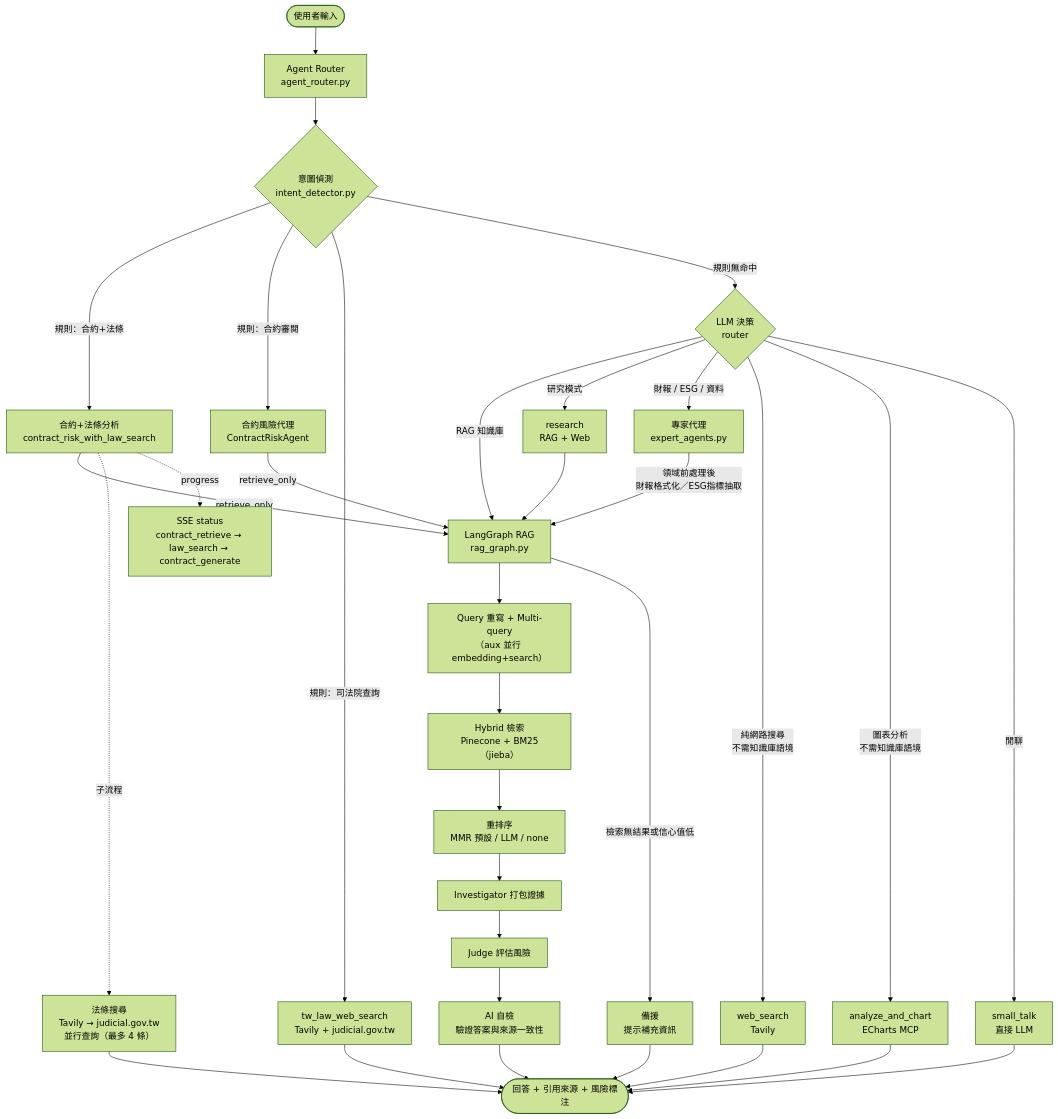
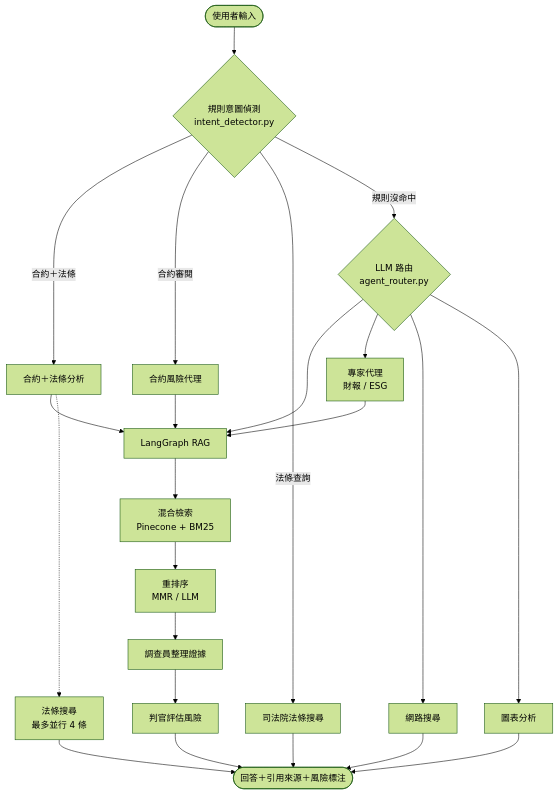
One commit to falltwo/Contract-compliance-agent changed the diagram in README.md. Above: the diagram before and after it, drawn with Mermaid (forest theme). The commit also changed other lines of this file and 1 other file, not shown here.

````diff
--- a/README.md
+++ b/README.md
@@ -74,51 +59,28 @@
 ```mermaid
 flowchart TD
-    U([使用者輸入]) --> AR[Agent Router\nagent_router.py]
-    %% 意圖偵測層：規則優先（intent_detector.py），無命中才交給 LLM 決策
-    AR --> ID{意圖偵測\nintent_detector.py}
-    ID -->|規則：合約+法條| CRL[合約+法條分析\ncontract_risk_with_law_search]
-    ID -->|規則：合約審閱| CRA[合約風險代理\nContractRiskAgent]
-    ID -->|規則：司法院查詢| TLW[tw_law_web_search\nTavily + judicial.gov.tw]
-    ID -->|規則無命中| LLMD{LLM 決策\nrouter}
+    U([使用者輸入]) --> ID{規則意圖偵測<br/>intent_detector.py}
+    ID -->|合約＋法條| CRL[合約＋法條分析]
+    ID -->|合約審閱| CRA[合約風險代理]
+    ID -->|法條查詢| TLW[司法院法條搜尋]
+    ID -->|規則沒命中| LLMD{LLM 路由<br/>agent_router.py}
 
-    LLMD -->|RAG 知識庫| RG[LangGraph RAG\nrag_graph.py]
-    LLMD -->|研究模式| RES[research\nRAG + Web]
-    LLMD -->|財報 / ESG / 資料| EA[專家代理\nexpert_agents.py]
-    LLMD -->|純網路搜尋\n不需知識庫語境| WS[web_search\nTavily]
-    LLMD -->|圖表分析\n不需知識庫語境| CH[analyze_and_chart\nECharts MCP]
-    LLMD -->|閒聊| ST[small_talk\n直接 LLM]
+    LLMD --> RG[LangGraph RAG]
+    LLMD --> EA[專家代理<br/>財報 / ESG]
+    LLMD --> WS[網路搜尋]
+    LLMD --> CH[圖表分析]
 
-    %% RAG 是所有知識庫查詢的共用基礎設施（非平行獨立路徑）
-    CRL -->|retrieve_only| RG
-    CRA -->|retrieve_only| RG
-    EA  -->|領域前處理後\n財報格式化／ESG指標抽取| RG
-    RES --> RG
+    CRL --> RG
+    CRA --> RG
+    EA --> RG
+    CRL -.-> LS[法條搜尋<br/>最多並行 4 條]
 
-    %% 法條查詢是合約+法條流程的子步驟，三階段推送 SSE 進度
-    CRL -.子流程.-> LS[法條搜尋\nTavily → judicial.gov.tw\n並行查詢（最多 4 條）]
-    CRL -.progress.-> PG[SSE status\ncontract_retrieve → law_search → contract_generate]
-
-    %% RAG 核心流程
-    RG --> Q[Query 重寫 + Multi-query\n（aux 並行 embedding+search）]
-    Q --> RET[Hybrid 檢索\nPinecone + BM25（jieba）]
-    RET --> RK[重排序\nMMR 預設 / LLM / none]
-    RK --> PKG[Investigator 打包證據]
-    PKG --> GEN[Judge 評估風險]
-
-    %% 備援路徑
-    RG -->|檢索無結果或信心值低| FB[備援\n提示補充資訊]
-    FB --> OUT
-
-    %% AI 自檢（合約+法條模式，CONTRACT_RISK_SELF_CHECK_ENABLED=1 時）
-    GEN --> CHK[AI 自檢\n驗證答案與來源一致性]
-    CHK --> OUT
-
-    %% 純工具直接輸出
+    RG --> RET[混合檢索<br/>Pinecone + BM25]
+    RET --> RK[重排序<br/>MMR / LLM]
+    RK --> INV[調查員整理證據]
+    INV --> JDG[判官評估風險]
+    JDG --> OUT([回答＋引用來源＋風險標注])
     LS --> OUT
+    TLW --> OUT
     WS --> OUT
-    TLW --> OUT
     CH --> OUT
-    ST --> OUT
-
-    OUT([回答 + 引用來源 + 風險標注])
 ```
````
